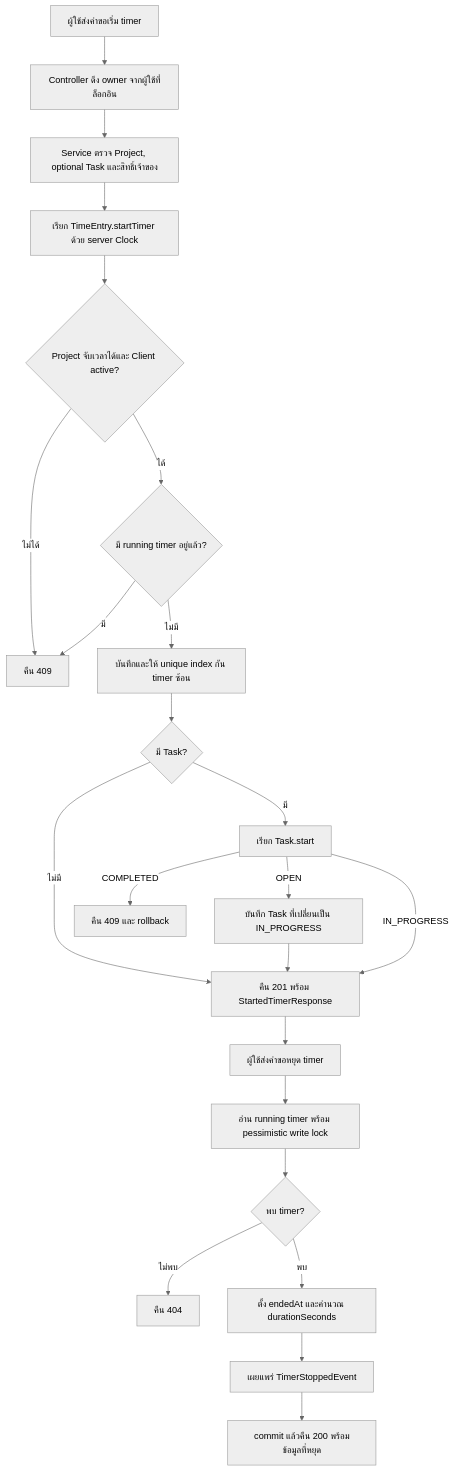
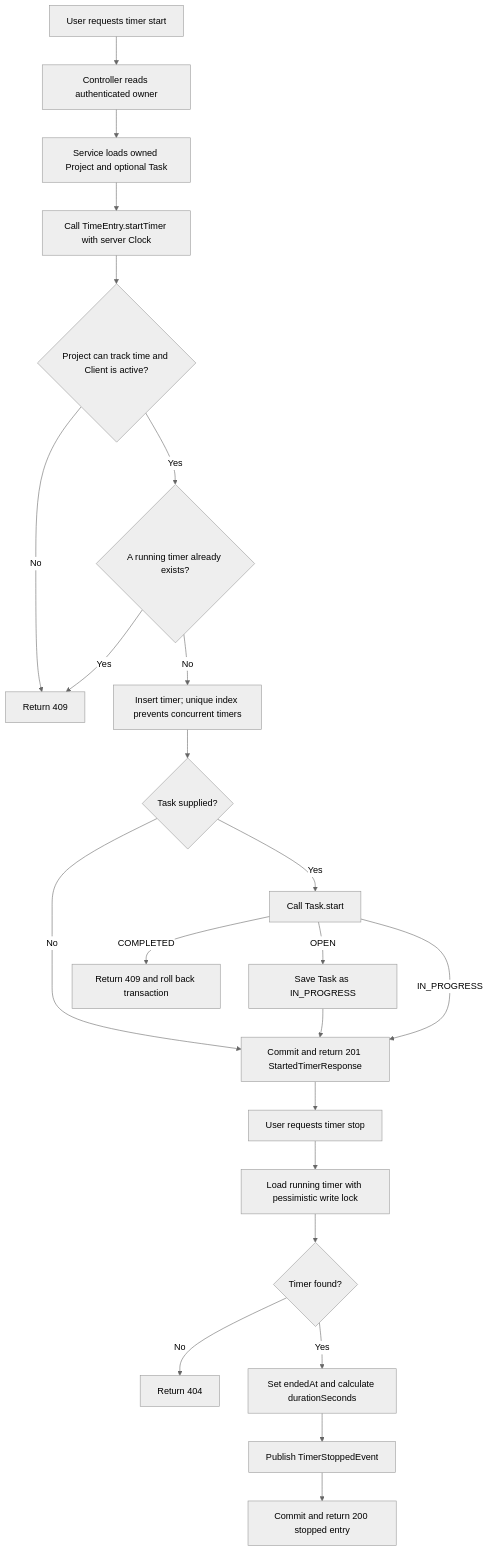
The diagram in doc/diagrams/activity-timer.md (lillianxhub/freelance-hub), drawn with Mermaid (neutral theme) before and after one commit. The commit also changed 18 other files, not shown here.

Commit message:
docs: sync project documentation, consolidate sequence diagrams and update deployment links

````diff
--- a/doc/diagrams/activity-timer.md
+++ b/doc/diagrams/activity-timer.md
@@ -5,25 +5,25 @@
 ```mermaid
 flowchart TD
-    A[ผู้ใช้ส่งคำขอเริ่ม timer] --> B[Controller ดึง owner จากผู้ใช้ที่ล็อกอิน]
-    B --> C[Service ตรวจ Project, optional Task และสิทธิ์เจ้าของ]
-    C --> G[เรียก TimeEntry.startTimer ด้วย server Clock]
-    G --> D{Project จับเวลาได้และ Client active?}
-    D -- ไม่ได้ --> E[คืน 409]
-    D -- ได้ --> F{มี running timer อยู่แล้ว?}
-    F -- มี --> E
-    F -- ไม่มี --> H[บันทึกและให้ unique index กัน timer ซ้อน]
-    H --> T{มี Task?}
-    T -- ไม่มี --> I[คืน 201 พร้อม StartedTimerResponse]
-    T -- มี --> U[เรียก Task.start]
-    U -- COMPLETED --> E2[คืน 409 และ rollback]
-    U -- OPEN --> V[บันทึก Task ที่เปลี่ยนเป็น IN_PROGRESS]
+    A[User requests timer start] --> B[Controller reads authenticated owner]
+    B --> C[Service loads owned Project and optional Task]
+    C --> G[Call TimeEntry.startTimer with server Clock]
+    G --> D{Project can track time and Client is active?}
+    D -- No --> E[Return 409]
+    D -- Yes --> F{A running timer already exists?}
+    F -- Yes --> E
+    F -- No --> H[Insert timer; unique index prevents concurrent timers]
+    H --> T{Task supplied?}
+    T -- No --> I[Commit and return 201 StartedTimerResponse]
+    T -- Yes --> U[Call Task.start]
+    U -- COMPLETED --> E2[Return 409 and roll back transaction]
+    U -- OPEN --> V[Save Task as IN_PROGRESS]
     U -- IN_PROGRESS --> I
     V --> I
-    I --> J[ผู้ใช้ส่งคำขอหยุด timer]
-    J --> K[อ่าน running timer พร้อม pessimistic write lock]
-    K --> L{พบ timer?}
-    L -- ไม่พบ --> M[คืน 404]
-    L -- พบ --> N[ตั้ง endedAt และคำนวณ durationSeconds]
-    N --> O[เผยแพร่ TimerStoppedEvent]
-    O --> P[commit แล้วคืน 200 พร้อมข้อมูลที่หยุด]
+    I --> J[User requests timer stop]
+    J --> K[Load running timer with pessimistic write lock]
+    K --> L{Timer found?}
+    L -- No --> M[Return 404]
+    L -- Yes --> N[Set endedAt and calculate durationSeconds]
+    N --> O[Publish TimerStoppedEvent]
+    O --> P[Commit and return 200 stopped entry]
 ```
````
